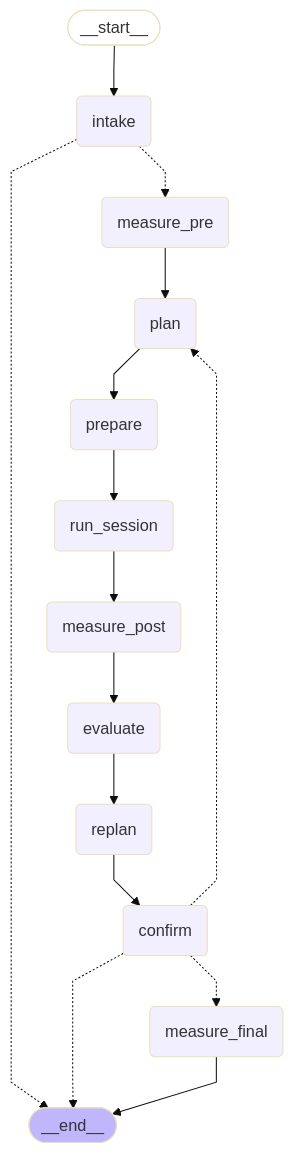
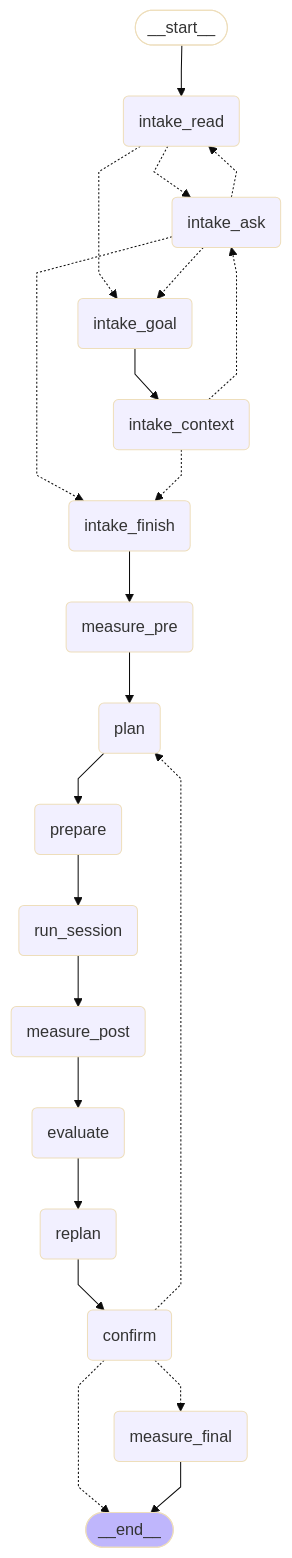
One commit to lumi-wellness-agent/lumi-wellness-agent-be changed the diagram in README.md. Above: the diagram before and after it, drawn with Mermaid (base theme). The commit also changed other lines of this file and 17 other files, not shown here.

First line of the commit message:
[FEAT] intake를 State 대화 · Goal 근거 추론 · Context 환경 칩 질문 루프로 바꾼다 (#50)

````diff
--- a/README.md
+++ b/README.md
@@ -29,37 +31,48 @@
 ```mermaid
 ---
 config:
   flowchart:
     curve: linear
 ---
 graph TD;
 	__start__([<p>__start__</p>]):::first
-	intake(intake)
+	intake_read(intake_read)
+	intake_ask(intake_ask)
+	intake_goal(intake_goal)
+	intake_context(intake_context)
+	intake_finish(intake_finish)
 	measure_pre(measure_pre)
 	plan(plan)
 	prepare(prepare)
 	run_session(run_session)
 	measure_post(measure_post)
 	evaluate(evaluate)
 	replan(replan)
 	confirm(confirm)
 	measure_final(measure_final)
 	__end__([<p>__end__</p>]):::last
-	__start__ --> intake;
+	__start__ --> intake_read;
+	intake_read -.-> intake_ask;
+	intake_read -.-> intake_goal;
+	intake_ask -.-> intake_read;
+	intake_ask -.-> intake_goal;
+	intake_ask -.-> intake_finish;
+	intake_goal --> intake_context;
+	intake_context -.-> intake_ask;
+	intake_context -.-> intake_finish;
+	intake_finish --> measure_pre;
 	confirm -.-> __end__;
 	confirm -.-> measure_final;
 	confirm -.-> plan;
 	evaluate --> replan;
-	intake -.-> __end__;
-	intake -.-> measure_pre;
 	measure_post --> evaluate;
 	measure_pre --> plan;
 	plan --> prepare;
 	prepare --> run_session;
 	replan --> confirm;
 	run_session --> measure_post;
 	measure_final --> __end__;
 	classDef default fill:#f2f0ff,line-height:1.2
 	classDef first fill-opacity:0
 	classDef last fill:#bfb6fc
 ```
````
